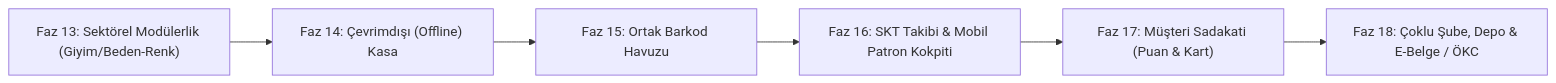
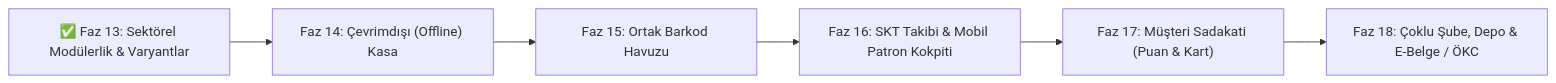
The diagram in docs/FAZ_YOL_HARITASI_VE_GUNCEL_DURUM.md (RAhsencicek/himar), drawn with Mermaid before and after one commit. The commit also changed other lines of this file and 11 other files, not shown here.

````diff
--- a/docs/FAZ_YOL_HARITASI_VE_GUNCEL_DURUM.md
+++ b/docs/FAZ_YOL_HARITASI_VE_GUNCEL_DURUM.md
@@ -39,8 +41,8 @@
 ```mermaid
 flowchart LR
-    F13["Faz 13: Sektörel Modülerlik (Giyim/Beden-Renk)"] --> F14["Faz 14: Çevrimdışı (Offline) Kasa"]
+    F13["✅ Faz 13: Sektörel Modülerlik & Varyantlar"] --> F14["Faz 14: Çevrimdışı (Offline) Kasa"]
     F14 --> F15["Faz 15: Ortak Barkod Havuzu"]
     F15 --> F16["Faz 16: SKT Takibi & Mobil Patron Kokpiti"]
     F16 --> F17["Faz 17: Müşteri Sadakati (Puan & Kart)"]
     F17 --> F18["Faz 18: Çoklu Şube, Depo & E-Belge / ÖKC"]
 ```
````
